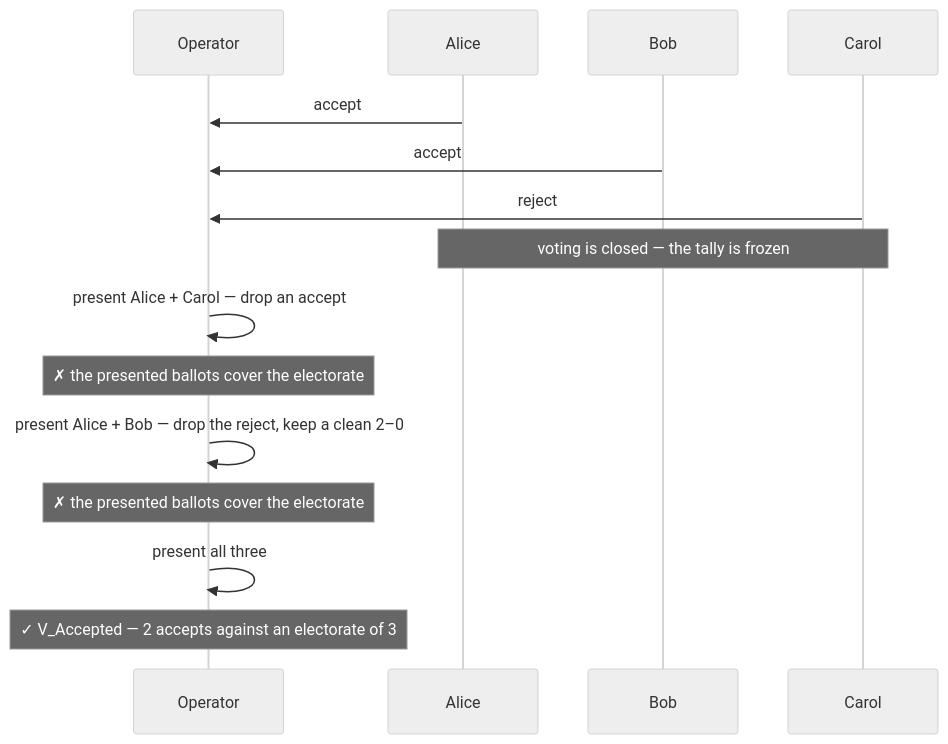
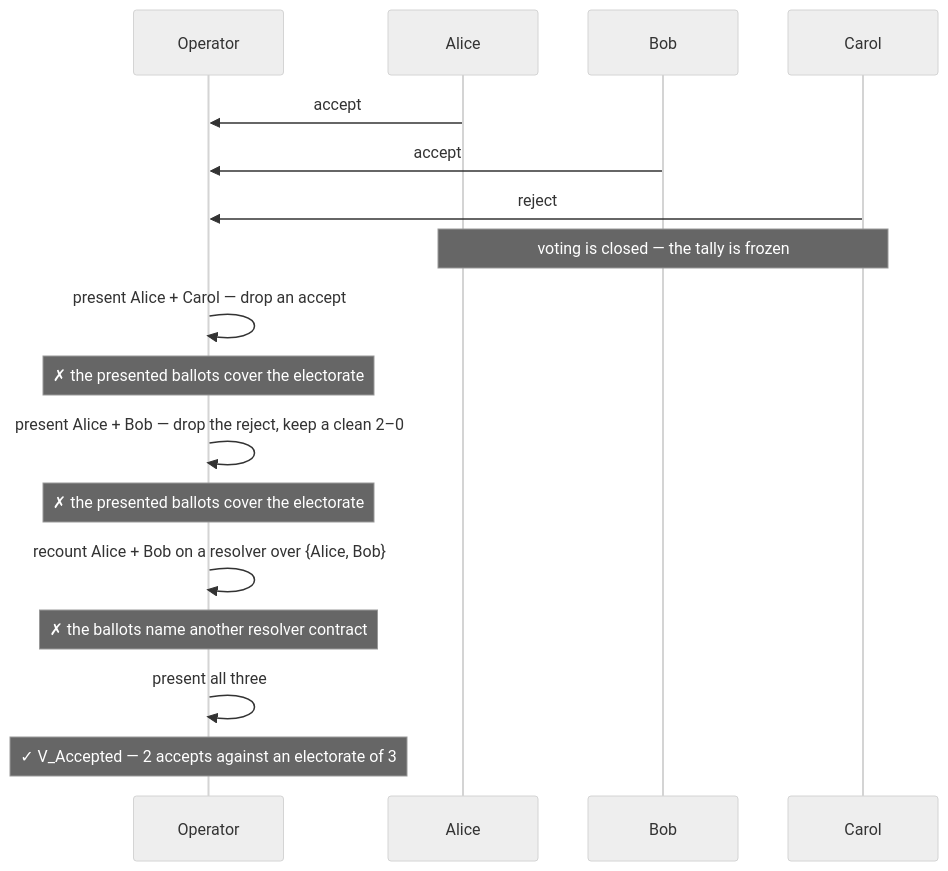
One commit to unlockitio/concordia changed the second of 3 diagrams in examples/governance/private-majority-vote/DEMOS.md. Above: the diagram before and after it, drawn with Mermaid (neutral theme). The commit also changed other lines of this file and 12 other files, not shown here.

````diff
--- a/examples/governance/private-majority-vote/DEMOS.md
+++ b/examples/governance/private-majority-vote/DEMOS.md
@@ -149,20 +170,22 @@
 ```mermaid
 sequenceDiagram
     participant O as Operator
     participant A as Alice
     participant B as Bob
     participant C as Carol
 
     A->>O: accept
     B->>O: accept
     C->>O: reject
     Note over A,C: voting is closed — the tally is frozen
 
     O->>O: present Alice + Carol — drop an accept
     Note over O: ✗ the presented ballots cover the electorate
     O->>O: present Alice + Bob — drop the reject, keep a clean 2–0
     Note over O: ✗ the presented ballots cover the electorate
+    O->>O: recount Alice + Bob on a resolver over {Alice, Bob}
+    Note over O: ✗ the ballots name another resolver contract
 
     O->>O: present all three
     Note over O: ✓ V_Accepted — 2 accepts against an electorate of 3
 ```
````
